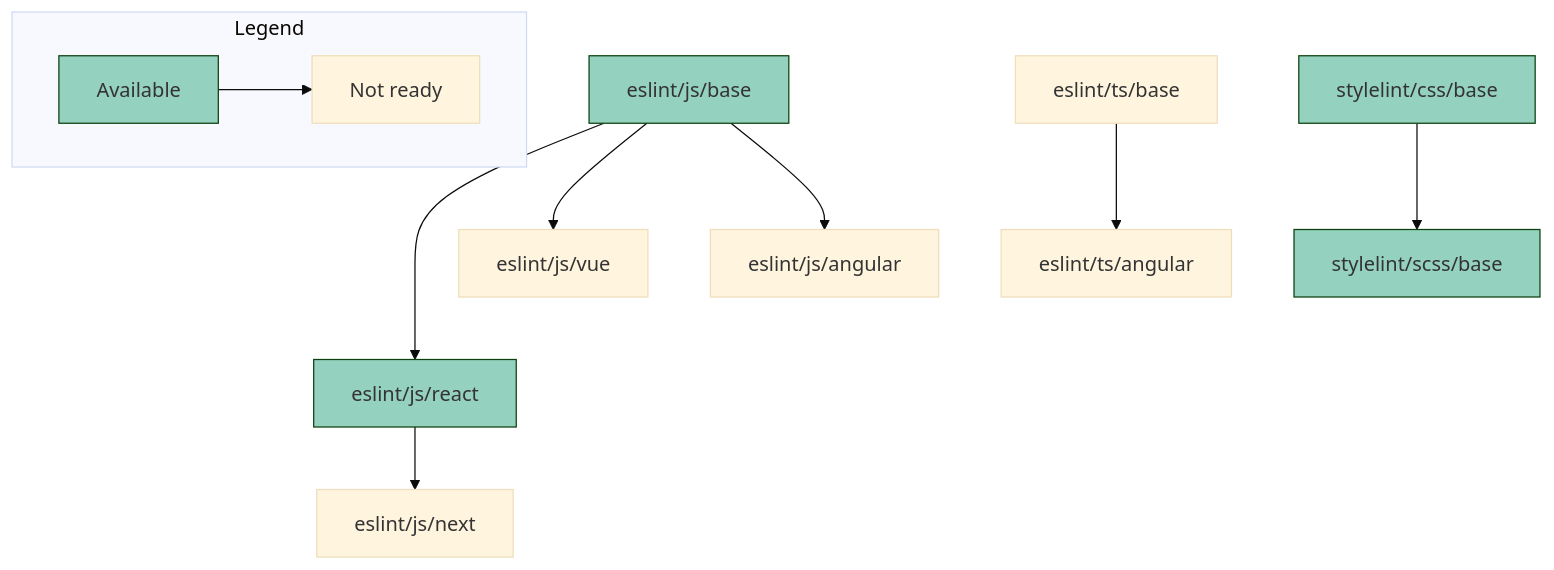
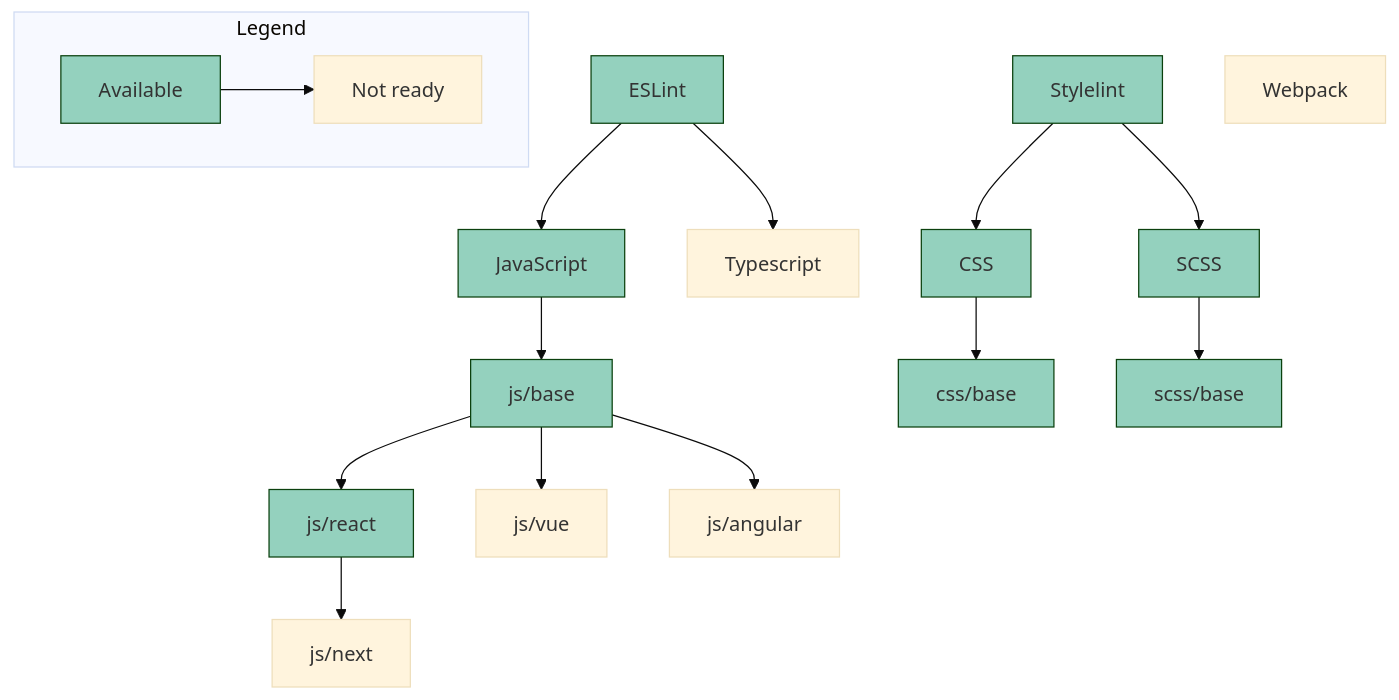
One commit to MAARK/code-config changed the diagram in README.md. Above: the diagram before and after it, drawn with Mermaid. The commit also changed other lines of this file and 10 other files, not shown here.

````diff
--- a/README.md
+++ b/README.md
@@ -42,17 +77,25 @@
 ```mermaid
 %%{init: {'theme':'base'}}%%
 graph TD
     subgraph Legend
         L1[Available]:::available --> L2[Not ready]
     end
 
-    A[eslint/js/base]:::available ---> B[eslint/js/react]:::available
-    A --> eslint/js/vue
-    A --> eslint/js/angular
-    B --> eslint/js/next
+    A[ESLint]:::available --> B[JavaScript]:::available
+    B --> C[js/base]:::available
+    C --> D[js/react]:::available
+    C --> js/vue
+    C --> js/angular
+    D --> js/next
 
-    eslint/ts/base --> eslint/ts/angular
-    C[stylelint/css/base]:::available --> stylelint/scss/base:::available
+    A --> E[Typescript]
+
+    F[Stylelint]:::available --> G[CSS]:::available
+    F --> H[SCSS]:::available
+    G --> css/base:::available
+    H --> scss/base:::available
+
+    Webpack
 
     classDef available stroke:#0B410E,fill:#94D1BE
 ```
````
